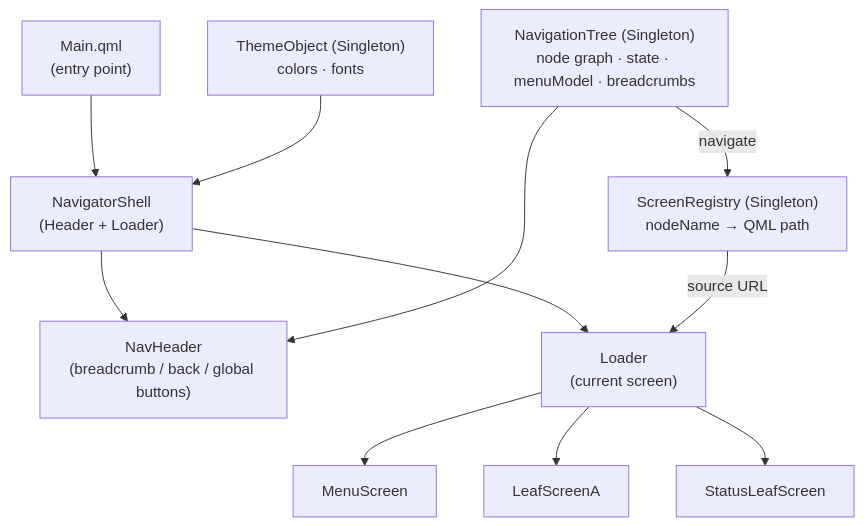
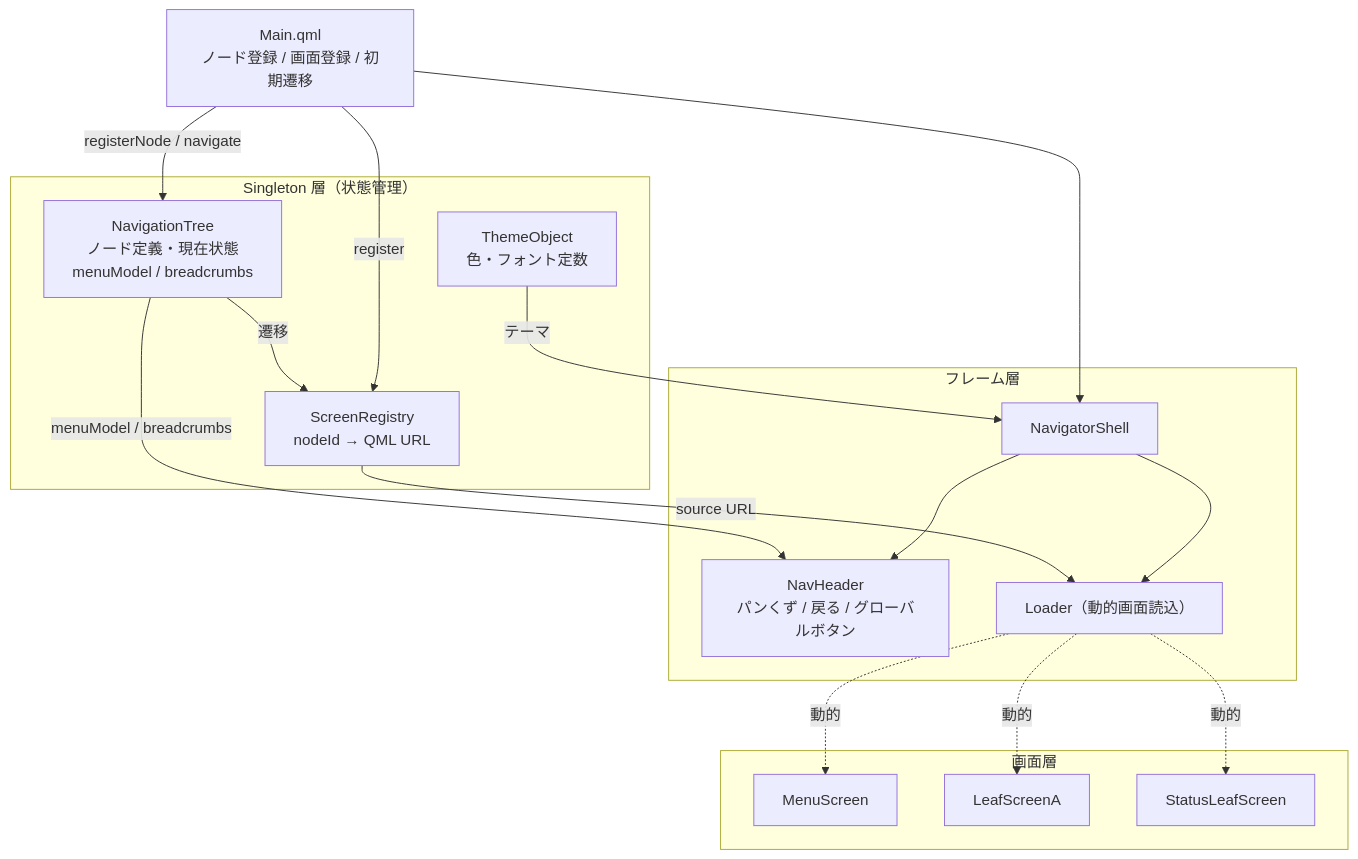
One commit to bonifatius8/qml-hmi-navigator changed the diagram in README.md. Above: the diagram before and after it, drawn with Mermaid.

Commit message:
docs: redesign architecture diagram with Japanese labels and layers

````diff
--- a/README.md
+++ b/README.md
@@ -19,19 +19,35 @@
 ```mermaid
 graph TD
-    Main["Main.qml<br/>(entry point)"] --> Shell["NavigatorShell<br/>(Header + Loader)"]
-    Shell --> Header["NavHeader<br/>(breadcrumb / back / global buttons)"]
-    Shell --> Loader["Loader<br/>(current screen)"]
+    Main["Main.qml<br/>ノード登録 / 画面登録 / 初期遷移"]
 
-    NT["NavigationTree (Singleton)<br/>node graph · state · menuModel · breadcrumbs"]
-    SR["ScreenRegistry (Singleton)<br/>nodeName → QML path"]
-    TH["ThemeObject (Singleton)<br/>colors · fonts"]
+    subgraph sg1["Singleton 層（状態管理）"]
+        NT["NavigationTree<br/>ノード定義・現在状態<br/>menuModel / breadcrumbs"]
+        SR["ScreenRegistry<br/>nodeId → QML URL"]
+        TH["ThemeObject<br/>色・フォント定数"]
+    end
 
-    NT -->|navigate| SR
+    subgraph sg2["フレーム層"]
+        Shell["NavigatorShell"]
+        Header["NavHeader<br/>パンくず / 戻る / グローバルボタン"]
+        Loader["Loader（動的画面読込）"]
+    end
+
+    subgraph sg3["画面層"]
+        MS["MenuScreen"]
+        LA["LeafScreenA"]
+        SL["StatusLeafScreen"]
+    end
+
+    Main -->|registerNode / navigate| NT
+    Main -->|register| SR
+    Main --> Shell
+    Shell --> Header
+    Shell --> Loader
+    NT -->|遷移| SR
     SR -->|source URL| Loader
-    NT --> Header
-    TH --> Shell
-
-    Loader --> MenuScreen
-    Loader --> LeafScreenA
-    Loader --> StatusLeafScreen
+    NT -->|menuModel / breadcrumbs| Header
+    TH -->|テーマ| Shell
+    Loader -.->|動的| MS
+    Loader -.->|動的| LA
+    Loader -.->|動的| SL
 ```
````
